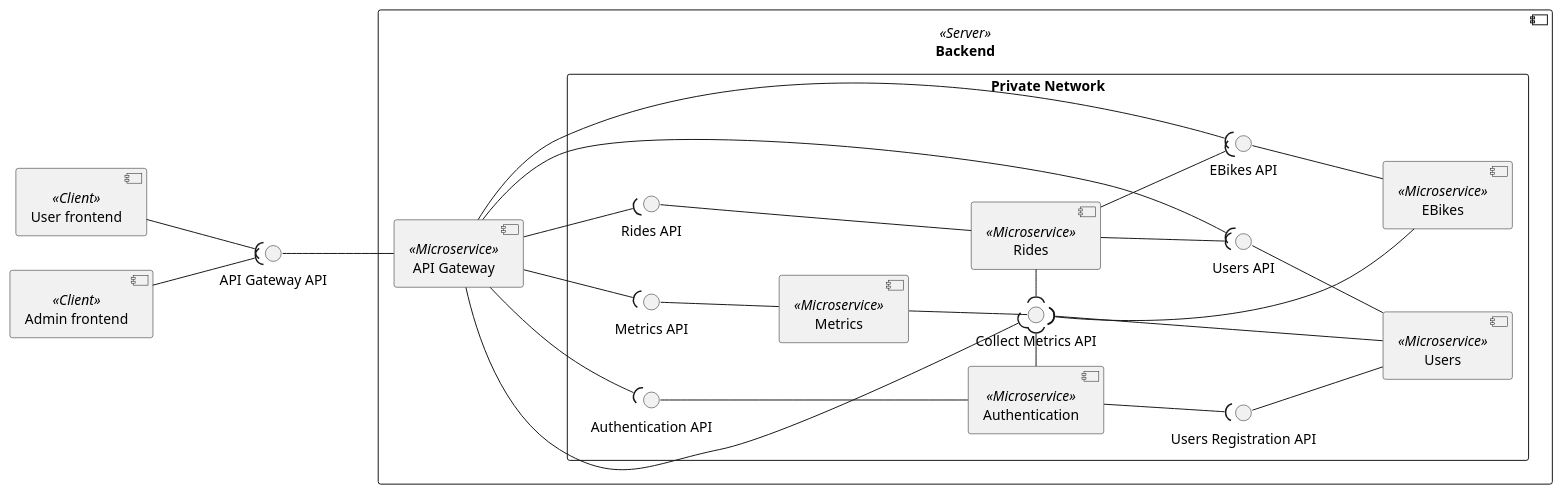
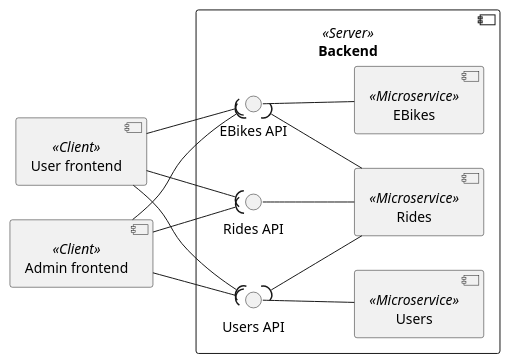
One commit to Ventus218/SAP-assignment-03 changed the diagram in doc/diagrams/src/components.puml. Above: the diagram before and after it, drawn with PlantUML. The commit also changed 16 other files, not shown here.

Commit message:
removed stuff about metrics service from doc

```diff
--- a/doc/diagrams/src/components.puml
+++ b/doc/diagrams/src/components.puml
@@ -1,61 +1,35 @@
 @startuml components
 
 left to right direction
 
 component "User frontend" as UserFE <<Client>>
 component "Admin frontend" as AdminFE <<Client>>
 
 component Backend <<Server>> {
-    component "API Gateway" <<Microservice>> as APIGateway
 
-    rectangle "Private Network" {
-        component "Metrics" <<Microservice>> as Metrics
-        interface "Metrics API" as MetricsAPI
-        interface "Collect Metrics API" as CollectMetricsAPI
+    component "EBikes" <<Microservice>> as EBikes
+    interface "EBikes API" as EBikesAPI
+    
+    component "Users" <<Microservice>> as Users
+    interface "Users API" as UsersAPI
 
-        component "EBikes" <<Microservice>> as EBikes
-        interface "EBikes API" as EBikesAPI
-        
-        component "Users" <<Microservice>> as Users
-        interface "Users API" as UsersAPI
+    component "Rides" <<Microservice>> as Rides
+    interface "Rides API" as RidesAPI
 
-        component "Rides" <<Microservice>> as Rides
-        interface "Rides API" as RidesAPI
+    EBikes -u-() EBikesAPI
 
-        component "Authentication" <<Microservice>> as AuthService
-        interface "Authentication API" as AuthAPI
-        interface "Users Registration API" as UserRegistrationAPI
+    Users -u-() UsersAPI
 
-        APIGateway --( MetricsAPI
-        APIGateway --( CollectMetricsAPI
-        Metrics -u-() MetricsAPI
-
-        Metrics --() CollectMetricsAPI
-
-        APIGateway --( EBikesAPI
-        EBikes -u-() EBikesAPI
-        EBikes -u-( CollectMetricsAPI
-
-        APIGateway --( UsersAPI
-        Users -u-() UsersAPI
-        Users -u-() UserRegistrationAPI
-        Users -u-( CollectMetricsAPI
-
-        APIGateway --( RidesAPI
-        Rides --u-() RidesAPI
-        Rides --( UsersAPI
-        Rides --( EBikesAPI
-        Rides -l-( CollectMetricsAPI
-
-        APIGateway --( AuthAPI
-        AuthService --u-() AuthAPI
-        AuthService --( UserRegistrationAPI
-        AuthService -r-( CollectMetricsAPI
-    }
+    Rides -u-() RidesAPI
+    Rides -u-( UsersAPI
+    Rides -u-( EBikesAPI
 }
 
-APIGateway -u-() "API Gateway API"
-UserFE --( "API Gateway API"
-AdminFE --( "API Gateway API"
+UserFE --( RidesAPI
+UserFE --( UsersAPI
+UserFE --( EBikesAPI
+AdminFE --( RidesAPI
+AdminFE --( UsersAPI
+AdminFE --( EBikesAPI
 
 @enduml
```
